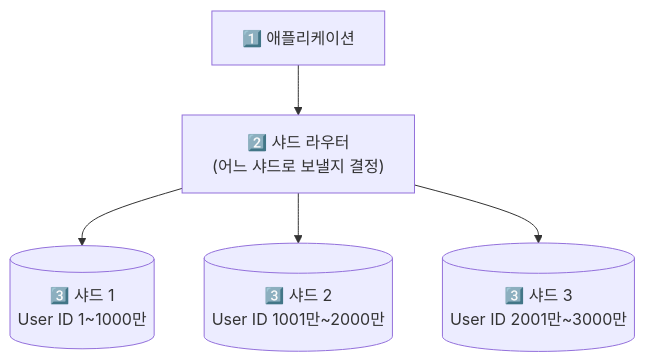
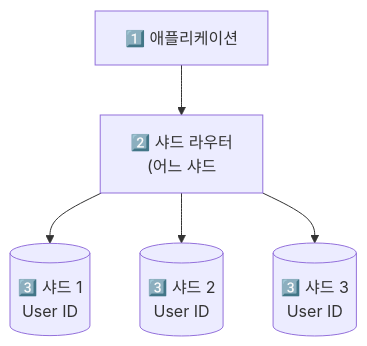
One commit to yjkim2015/yjkim2015.github.io changed the ninth of 17 diagrams in _posts/systemdesign/2026-05-02-system-design-fundamentals.md. Above: the diagram before and after it, drawn with Mermaid. The commit also changed other lines of this file and 271 other files, not shown here.

First line of the commit message:
Mermaid 라벨 축소: 긴 노드 텍스트 18자 이하로 트림 + \n 제거

````diff
--- a/_posts/systemdesign/2026-05-02-system-design-fundamentals.md
+++ b/_posts/systemdesign/2026-05-02-system-design-fundamentals.md
@@ -353,7 +353,7 @@
 ```mermaid
 graph TD
-    App["1️⃣ 애플리케이션"] --> SR["2️⃣ 샤드 라우터\n(어느 샤드로 보낼지 결정)"]
-    SR --> S1[("3️⃣ 샤드 1\nUser ID 1~1000만")]
-    SR --> S2[("3️⃣ 샤드 2\nUser ID 1001만~2000만")]
-    SR --> S3[("3️⃣ 샤드 3\nUser ID 2001만~3000만")]
+    App["1️⃣ 애플리케이션"] --> SR["2️⃣ 샤드 라우터\n(어느 샤드"]
+    SR --> S1[("3️⃣ 샤드 1\nUser ID")]
+    SR --> S2[("3️⃣ 샤드 2\nUser ID")]
+    SR --> S3[("3️⃣ 샤드 3\nUser ID")]
 ```
````
